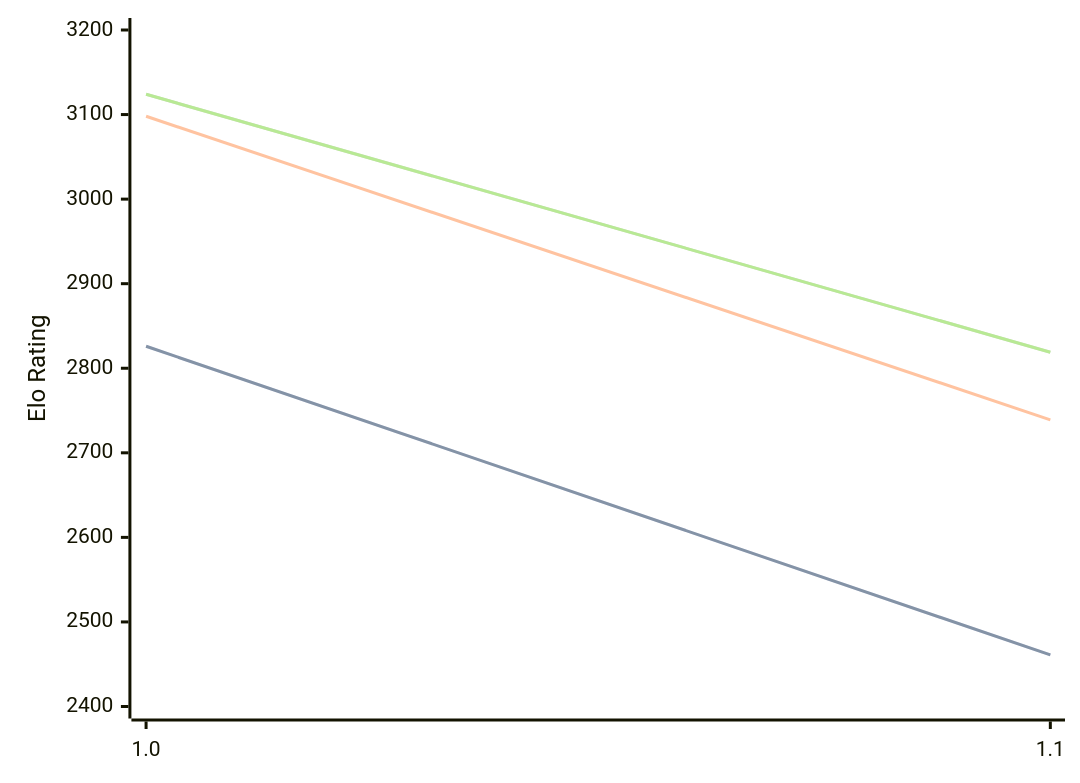
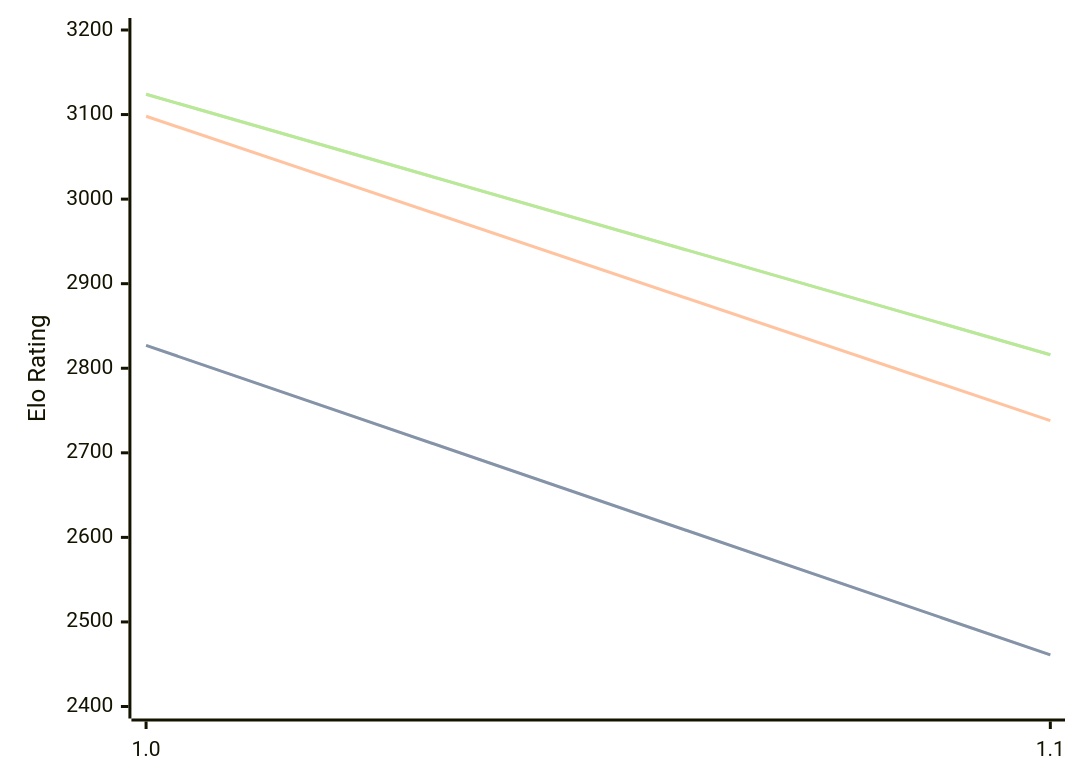
Before and after one commit to computer-chess-index/cci: the diagram in engines/Publius.md, drawn with Mermaid. The commit also changed other lines of this file, not shown here.

Commit message:
Update CCI Ratings (ELO VLTC) - 2026-07-31

````diff
--- a/engines/Publius.md
+++ b/engines/Publius.md
@@ -32,11 +32,11 @@
 ```mermaid
 %%{init: {"theme":"base","themeVariables":{"seriesColors:['#a3a3a3','#222221','#faa371']}}}%%
 xychart-beta
   x-axis ["1.0", "1.1"]
   y-axis "Elo Rating" 2400 --> 3200
-  line "STC (8.0+0.08s)" [2826, 2461]
-  line "STC (8.0+0.08s)" [2826, 2461]
-  line "LTC (60.0+0.60s)" [3098, 2739]
-  line "VLTC (2m24s+1.12s)" [3124, 2819]
-  line "VLTC (2m24s+1.12s)" [3124, 2819]
+  line "STC (8.0+0.08s)" [2827, 2461]
+  line "STC (8.0+0.08s)" [2827, 2461]
+  line "LTC (60.0+0.60s)" [3098, 2738]
+  line "VLTC (2m24s+1.12s)" [3124, 2816]
+  line "VLTC (2m24s+1.12s)" [3124, 2816]
 ```
````
